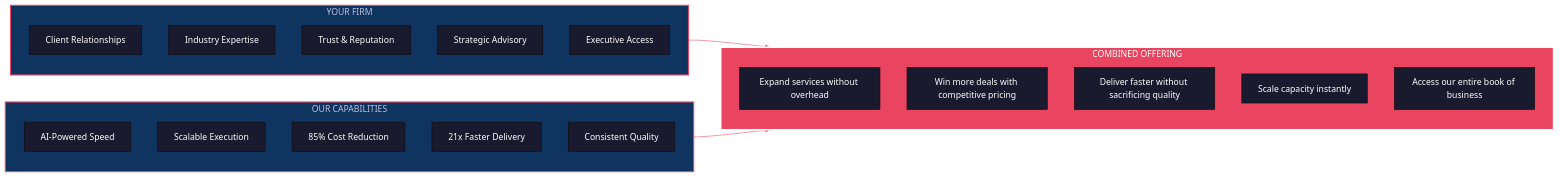
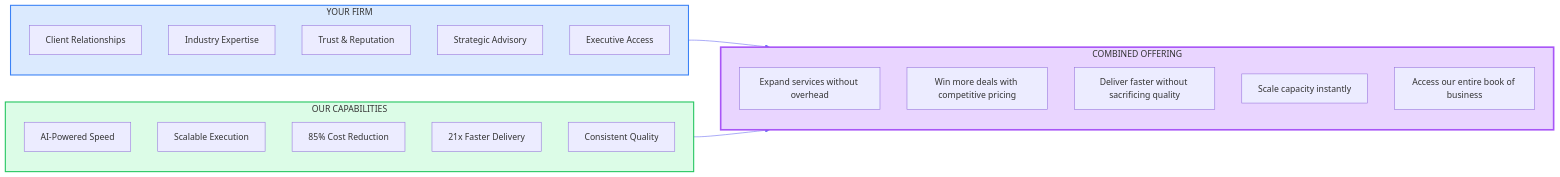
Before and after one commit to Light-Brands/light-consulting: the fifth of 13 diagrams in docs/resources/ai-intelligence-ecosystem.md, drawn with Mermaid. The commit also changed other lines of this file, not shown here.

First line of the commit message:
Soften mermaid diagram colors for better readability

````diff
--- a/docs/resources/ai-intelligence-ecosystem.md
+++ b/docs/resources/ai-intelligence-ecosystem.md
@@ -235,37 +235,37 @@
 ```mermaid
-%%{init: {'theme': 'base', 'themeVariables': { 'primaryColor': '#1a1a2e', 'primaryTextColor': '#fff', 'lineColor': '#e94560'}}}%%
+%%{init: {'theme': 'default', 'themeVariables': { 'primaryColor': '#e0f2fe', 'primaryTextColor': '#0c4a6e', 'lineColor': '#6366f1'}}}%%
 flowchart LR
     subgraph yourfirm["YOUR FIRM"]
         direction TB
         y1["Client Relationships"]
         y2["Industry Expertise"]
         y3["Trust & Reputation"]
         y4["Strategic Advisory"]
         y5["Executive Access"]
     end
 
     subgraph ourcap["OUR CAPABILITIES"]
         direction TB
         o1["AI-Powered Speed"]
         o2["Scalable Execution"]
         o3["85% Cost Reduction"]
         o4["21x Faster Delivery"]
         o5["Consistent Quality"]
     end
 
     yourfirm --> combined
     ourcap --> combined
 
     subgraph combined["COMBINED OFFERING"]
         direction TB
         c1["Expand services without overhead"]
         c2["Win more deals with competitive pricing"]
         c3["Deliver faster without sacrificing quality"]
         c4["Scale capacity instantly"]
         c5["Access our entire book of business"]
     end
 
-    style yourfirm fill:#0f3460,stroke:#e94560,stroke-width:2px
-    style ourcap fill:#0f3460,stroke:#e94560,stroke-width:2px
-    style combined fill:#e94560,stroke:#fff,stroke-width:3px,color:#fff
+    style yourfirm fill:#dbeafe,stroke:#3b82f6,stroke-width:2px
+    style ourcap fill:#dcfce7,stroke:#22c55e,stroke-width:2px
+    style combined fill:#e9d5ff,stroke:#a855f7,stroke-width:3px
 ```
````
